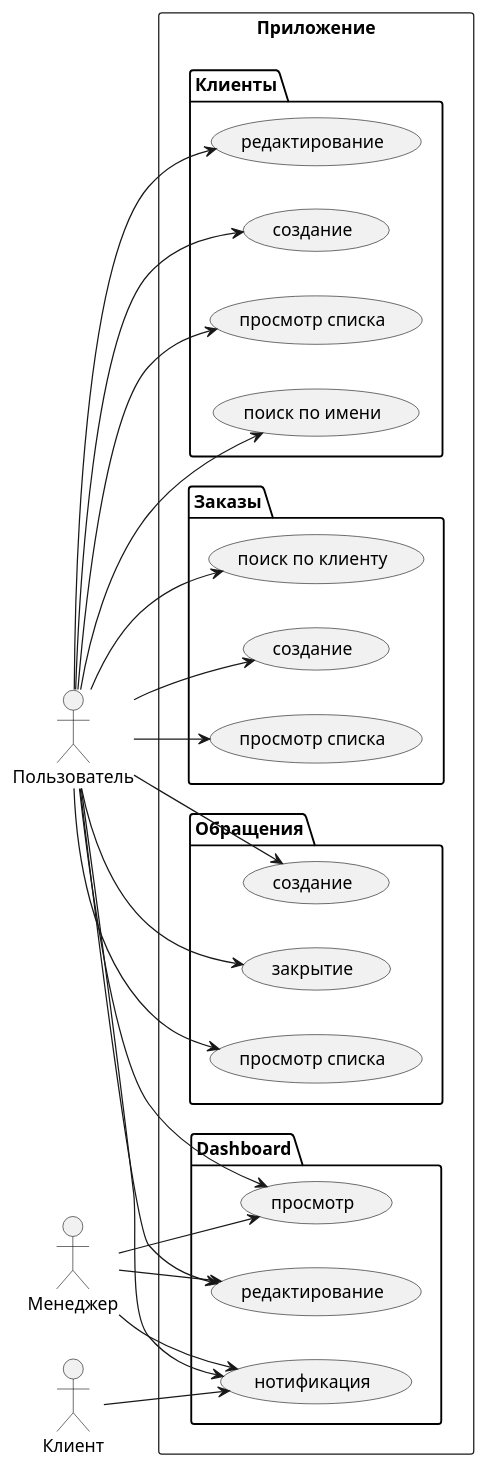
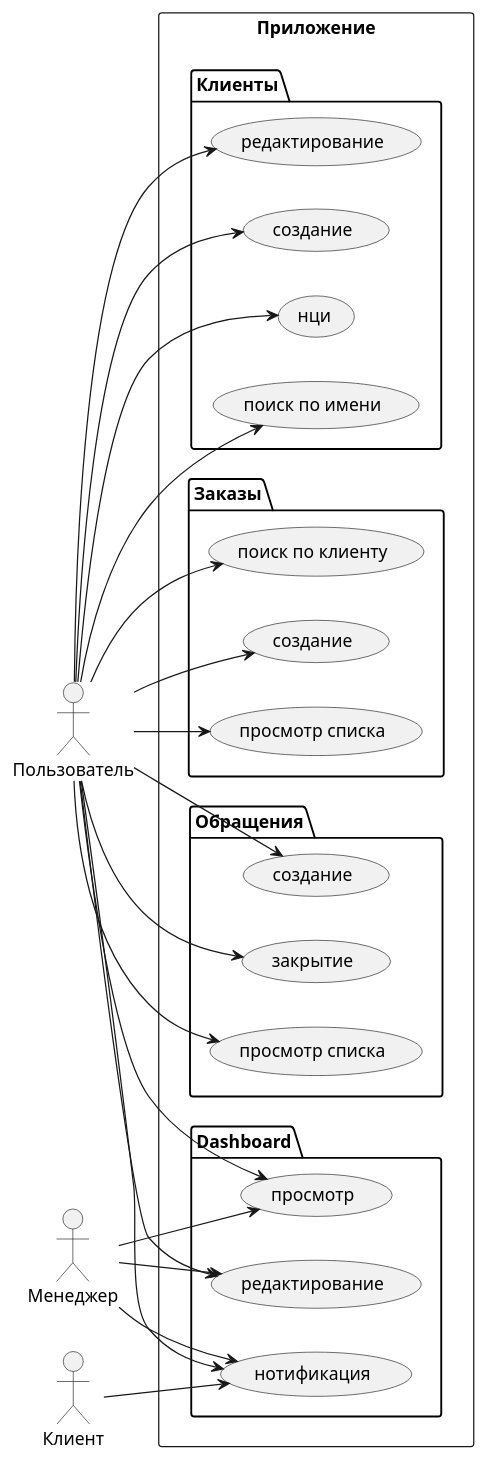
Before and after one commit to theotheo46/gb: the diagram in use_case.puml, drawn with PlantUML. The commit also changed 1 other file, not shown here.

```diff
--- a/use_case.puml
+++ b/use_case.puml
@@ -1,48 +1,48 @@
 @startuml
 left to right direction
 "Пользователь" as User
 "Менеджер" as Manager
 "Клиент" as Client
 rectangle  Приложение as Application {
   package Клиенты as Clients {
-    usecase "просмотр списка" as uc_client_list
+    usecase "нци" as uc_client_list
     usecase "поиск по имени" as uc_client_find
     usecase "редактирование" as uc_client_edit
     usecase "создание" as uc_client_add
   }
   package Заказы as Orders {
     usecase "просмотр списка" as uc_order_list
 '    usecase "просмотр списка по клиенту" as uc_order_by_client_list
     usecase "поиск по клиенту" as uc_order_find
     usecase "создание" as uc_order_add
   }
   package Обращения as ServiceRequests {
     usecase "просмотр списка" as uc_ser_req_list
     usecase "создание" as uc_ser_req_add
     usecase "закрытие" as uc_ser_req_close
   }
   package Dashboard {
     usecase "просмотр" as uc_dashboard_show
     usecase "редактирование" as uc_dashboard_edit
     usecase "нотификация" as uc_dashboard_notify
   }
 }
 User --> uc_client_list
 User --> uc_client_find
 User --> uc_client_edit
 User --> uc_client_add
 User --> uc_order_list
 ' User --> uc_order_by_client_list
 User --> uc_order_find
 User --> uc_order_add
 User --> uc_ser_req_list
 User --> uc_ser_req_add
 User --> uc_ser_req_close
 User --> uc_dashboard_show
 User --> uc_dashboard_edit
 User --> uc_dashboard_notify
 Manager --> uc_dashboard_show
 Manager --> uc_dashboard_edit
 Manager --> uc_dashboard_notify
 Client --> uc_dashboard_notify
 @enduml
```
